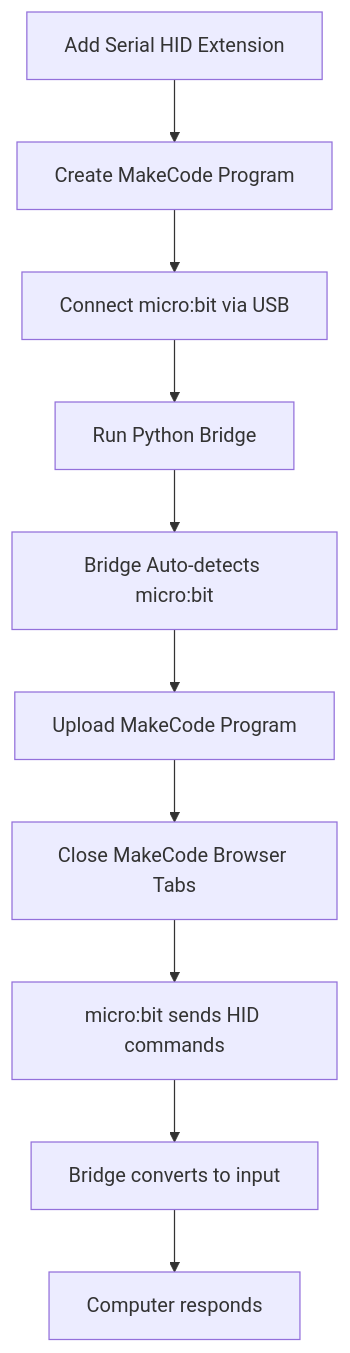
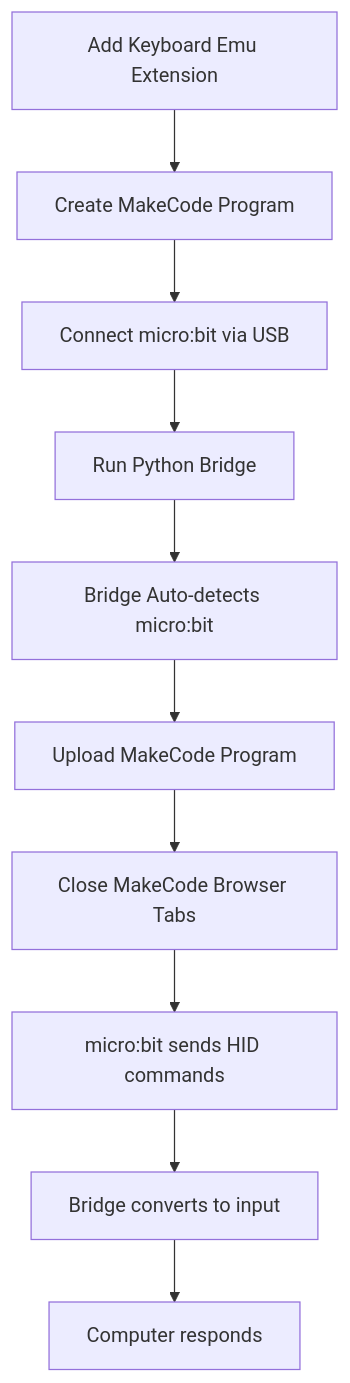
Before and after one commit to evotions/KeyboardEmu-for-BBC-Microbit: the second of 2 diagrams in README.md, drawn with Mermaid. The commit also changed other lines of this file and 6 other files, not shown here.

````diff
--- a/README.md
+++ b/README.md
@@ -40,12 +40,12 @@
 ```mermaid
 graph TD
-    A[Add Serial HID Extension] --> B[Create MakeCode Program]
+    A[Add Keyboard Emu Extension] --> B[Create MakeCode Program]
     B --> C[Connect micro:bit via USB]
     C --> D[Run Python Bridge]
     D --> E[Bridge Auto-detects micro:bit]
     E --> F[Upload MakeCode Program]
     F --> G[Close MakeCode Browser Tabs]
     G --> H[micro:bit sends HID commands]
     H --> I[Bridge converts to input]
     I --> J[Computer responds]
 ```
````
